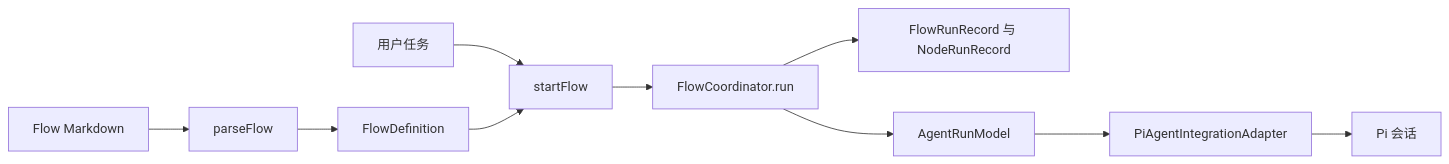
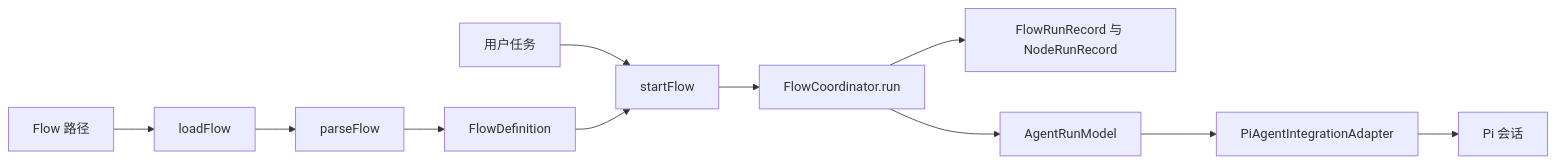
The first of 9 diagrams in docs/source-pseudocode-guide.md (JhihJian/Agent-Flow-Runtime), drawn with Mermaid before and after one commit. The commit also changed other lines of this file and 13 other files, not shown here.

Commit message:
支持 Flow 包直接加载

````diff
--- a/docs/source-pseudocode-guide.md
+++ b/docs/source-pseudocode-guide.md
@@ -15,12 +15,13 @@
 ```mermaid
 flowchart LR
-  file[Flow Markdown] --> parser[parseFlow]
+  file[Flow 路径] --> loader[loadFlow]
+  loader --> parser[parseFlow]
   parser --> definition[FlowDefinition]
   task[用户任务] --> start[startFlow]
   definition --> start
   start --> coordinator[FlowCoordinator.run]
   coordinator --> records[FlowRunRecord 与 NodeRunRecord]
   coordinator --> agent[AgentRunModel]
   agent --> pi[PiAgentIntegrationAdapter]
   pi --> session[Pi 会话]
 ```
````
